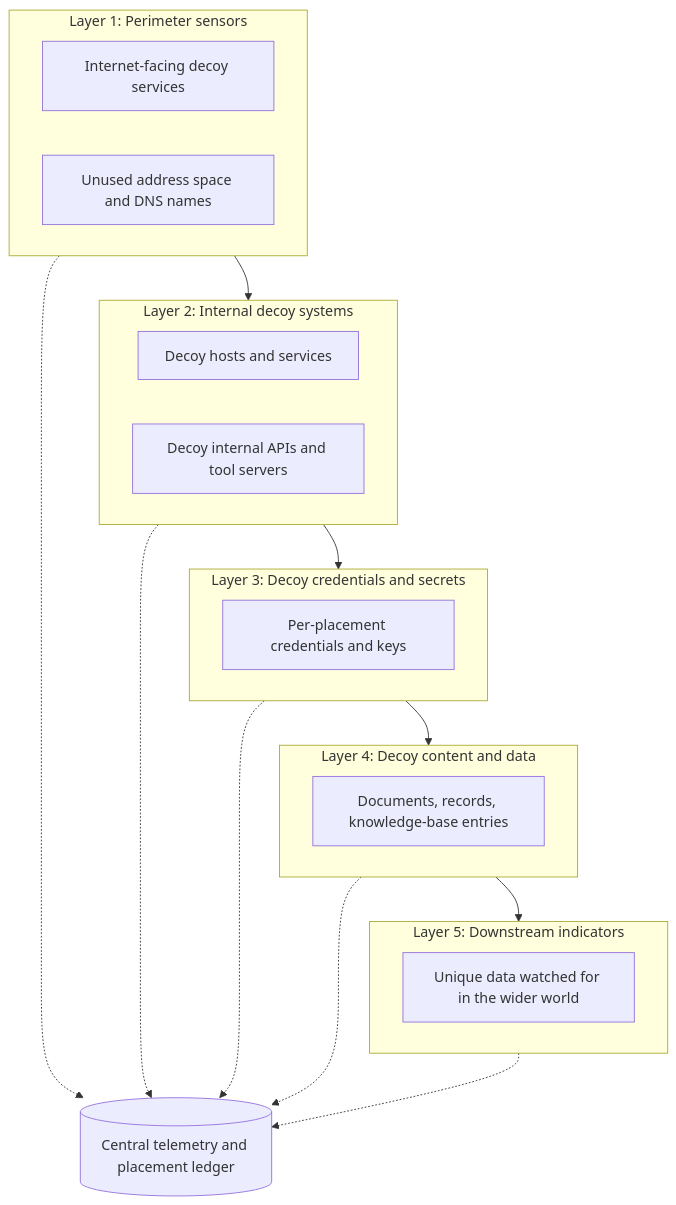
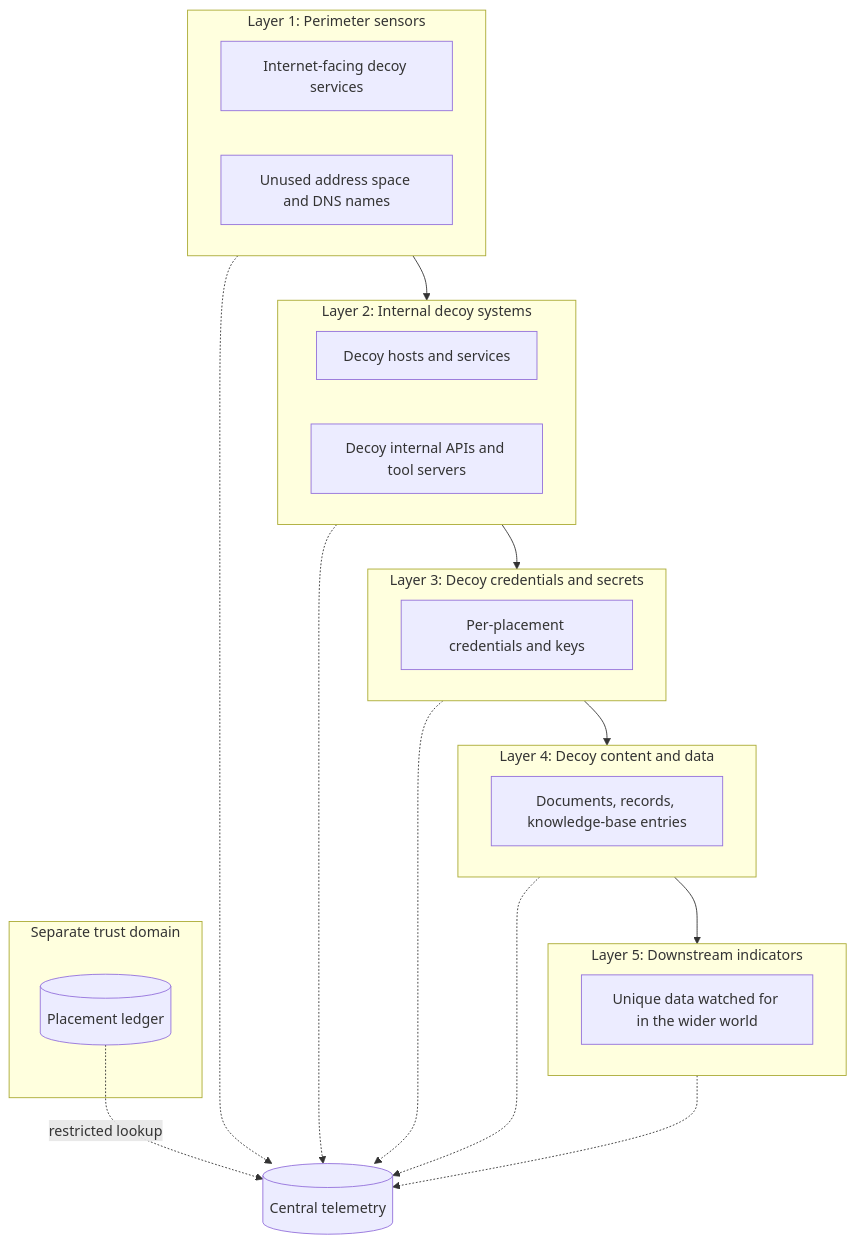
The fifth of 12 diagrams in docs/hardware/agent-swarm-honeypot-guide.md (AndrewAltimit/template-repo), drawn with Mermaid before and after one commit. The commit also changed other lines of this file and 118 other files, not shown here.

````diff
--- a/docs/hardware/agent-swarm-honeypot-guide.md
+++ b/docs/hardware/agent-swarm-honeypot-guide.md
@@ -187,26 +326,30 @@
 ```mermaid
 flowchart TB
     subgraph L1["Layer 1: Perimeter sensors"]
       S1["Internet-facing decoy services"]
       S2["Unused address space and DNS names"]
     end
     subgraph L2["Layer 2: Internal decoy systems"]
       S3["Decoy hosts and services"]
       S4["Decoy internal APIs and tool servers"]
     end
     subgraph L3["Layer 3: Decoy credentials and secrets"]
       S5["Per-placement credentials and keys"]
     end
     subgraph L4["Layer 4: Decoy content and data"]
       S6["Documents, records, knowledge-base entries"]
     end
     subgraph L5["Layer 5: Downstream indicators"]
       S7["Unique data watched for in the wider world"]
     end
     L1 --> L2 --> L3 --> L4 --> L5
-    L1 -.-> C[("Central telemetry and placement ledger")]
+    L1 -.-> C[("Central telemetry")]
     L2 -.-> C
     L3 -.-> C
     L4 -.-> C
     L5 -.-> C
+    subgraph SEP["Separate trust domain"]
+      LG[("Placement ledger")]
+    end
+    LG -. "restricted lookup" .-> C
 ```
````
